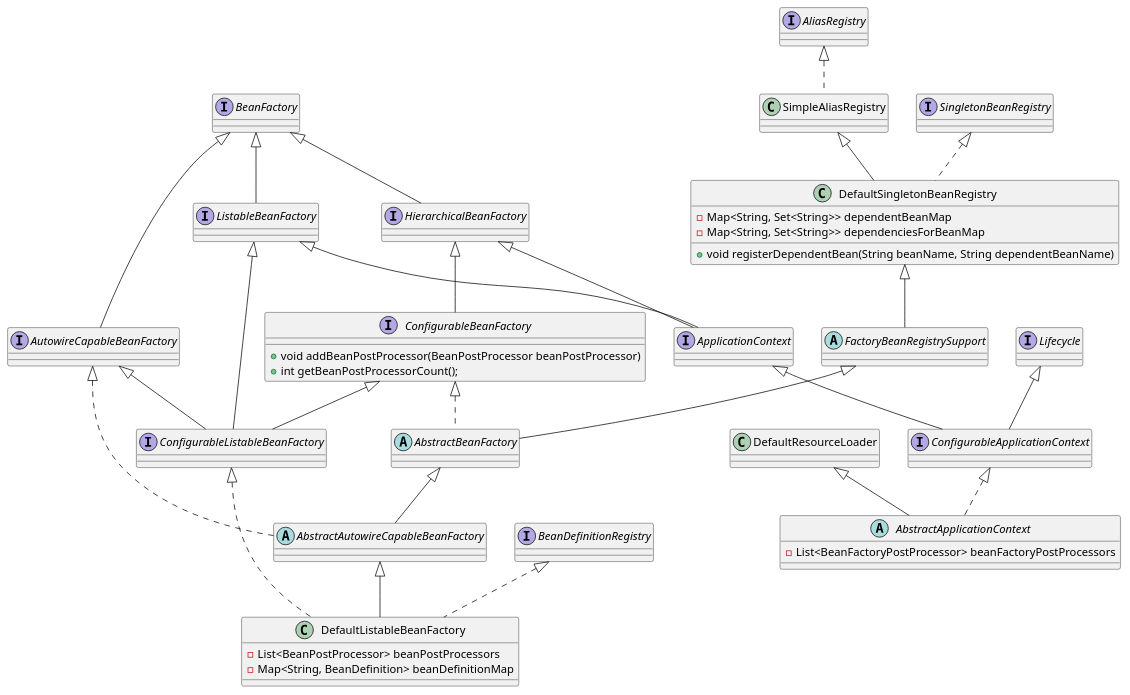
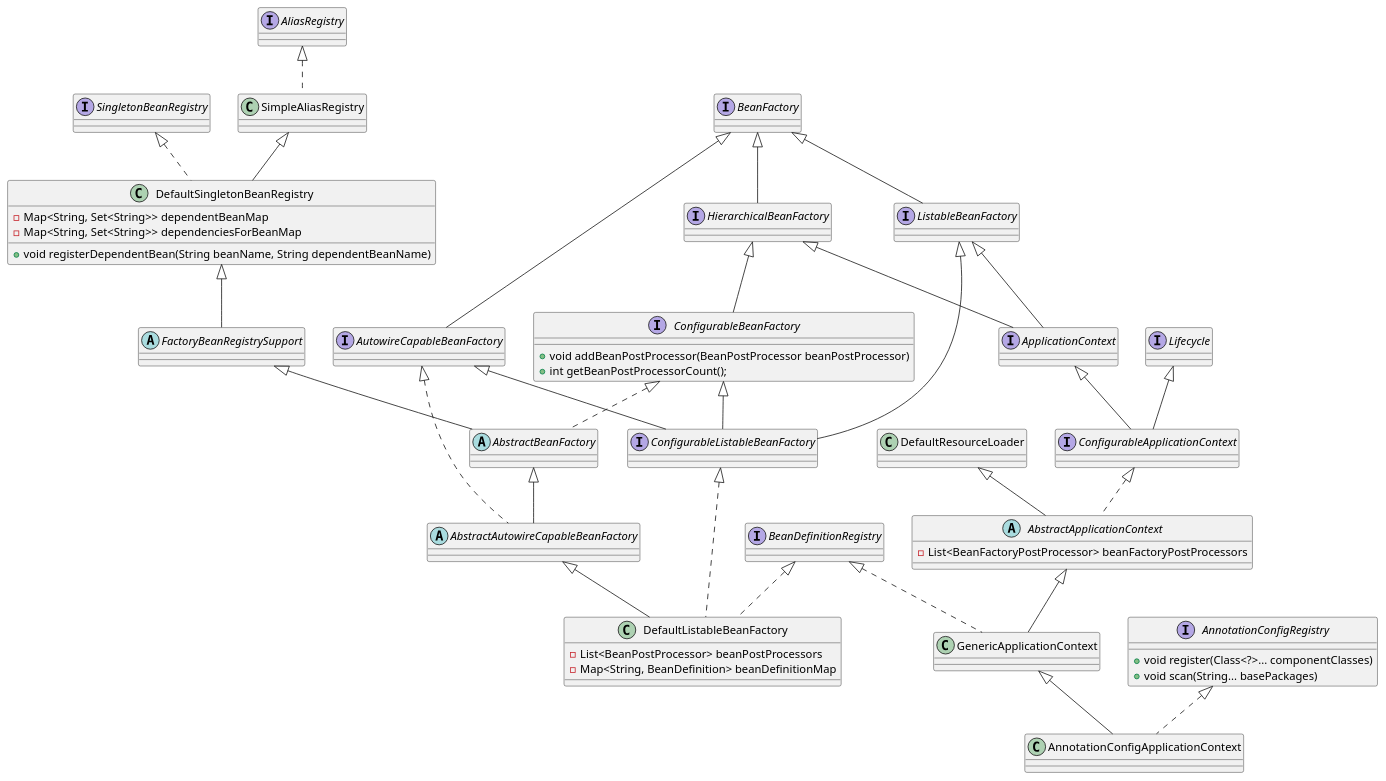
The diagram in uml/src/main/java/clz/FactoryAndContext.puml (FHJ2020/spring-uml), drawn with PlantUML before and after one commit. The commit also changed 8 other files, not shown here.

```diff
--- a/uml/src/main/java/clz/FactoryAndContext.puml
+++ b/uml/src/main/java/clz/FactoryAndContext.puml
@@ -1,38 +1,44 @@
 @startuml
 
 interface BeanFactory
 interface ListableBeanFactory extends BeanFactory
 interface AutowireCapableBeanFactory extends BeanFactory
 interface HierarchicalBeanFactory extends BeanFactory
 interface ConfigurableBeanFactory extends HierarchicalBeanFactory{
     + void addBeanPostProcessor(BeanPostProcessor beanPostProcessor)
     + int getBeanPostProcessorCount();
 }
 interface ConfigurableListableBeanFactory extends ListableBeanFactory, AutowireCapableBeanFactory, ConfigurableBeanFactory
 
 class DefaultListableBeanFactory extends AbstractAutowireCapableBeanFactory implements ConfigurableListableBeanFactory, BeanDefinitionRegistry{
     - List<BeanPostProcessor> beanPostProcessors
     - Map<String, BeanDefinition> beanDefinitionMap
 
 }
 
 
 interface ApplicationContext extends  ListableBeanFactory, HierarchicalBeanFactory
 interface ConfigurableApplicationContext extends ApplicationContext, Lifecycle
 abstract class AbstractApplicationContext extends DefaultResourceLoader implements ConfigurableApplicationContext{
     - List<BeanFactoryPostProcessor> beanFactoryPostProcessors
 }
 abstract class AbstractAutowireCapableBeanFactory extends AbstractBeanFactory implements AutowireCapableBeanFactory
 
 interface AliasRegistry
 class SimpleAliasRegistry implements AliasRegistry
 class DefaultSingletonBeanRegistry extends SimpleAliasRegistry implements SingletonBeanRegistry{
     - Map<String, Set<String>> dependentBeanMap
     - Map<String, Set<String>> dependenciesForBeanMap
     + void registerDependentBean(String beanName, String dependentBeanName)
 }
 
 abstract class AbstractBeanFactory extends FactoryBeanRegistrySupport implements ConfigurableBeanFactory
 abstract class FactoryBeanRegistrySupport extends DefaultSingletonBeanRegistry
 
+class GenericApplicationContext extends AbstractApplicationContext implements BeanDefinitionRegistry
+class AnnotationConfigApplicationContext extends GenericApplicationContext implements AnnotationConfigRegistry
+interface AnnotationConfigRegistry{
+	+ void register(Class<?>... componentClasses)
+	+ void scan(String... basePackages)
+}
 @enduml
```
